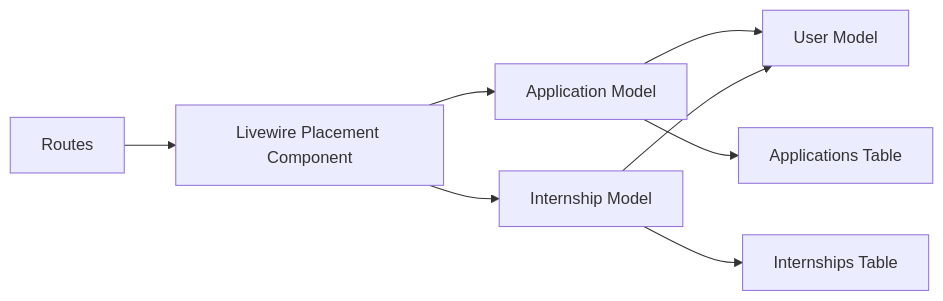
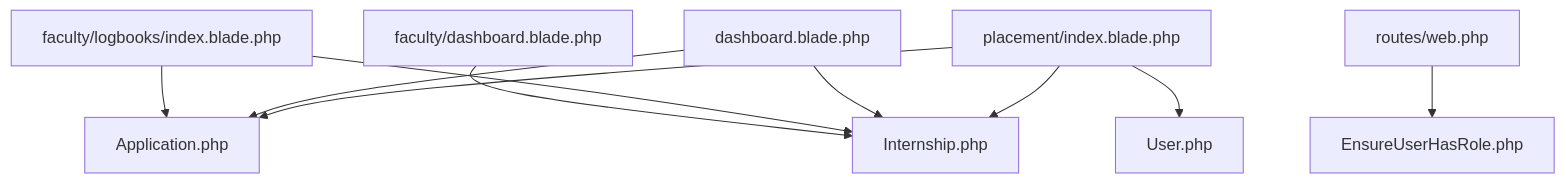
One commit to puromed/internims changed the eighth of 8 diagrams in .qoder/repowiki/en/content/Core Modules/Student Module/Placement Workflow.md. Above: the diagram before and after it, drawn with Mermaid. The commit also changed other lines of this file and 51 other files, not shown here.

````diff
--- a/.qoder/repowiki/en/content/Core Modules/Student Module/Placement Workflow.md
+++ b/.qoder/repowiki/en/content/Core Modules/Student Module/Placement Workflow.md
@@ -289,10 +332,12 @@
 ```mermaid
-graph LR
-UI["Livewire Placement Component"] --> AppModel["Application Model"]
-UI --> IntModel["Internship Model"]
-AppModel --> UserModel["User Model"]
-IntModel --> UserModel
-AppModel --> DB["Applications Table"]
-IntModel --> DB2["Internships Table"]
-Route["Routes"] --> UI
+graph TB
+PIndex["placement/index.blade.php"] --> MApp["Application.php"]
+PIndex --> MInt["Internship.php"]
+PIndex --> MUser["User.php"]
+FDash["dashboard.blade.php"] --> MApp
+FDash --> MInt
+FLogIdx["faculty/logbooks/index.blade.php"] --> MInt
+FLogIdx --> MApp
+FFacDash["faculty/dashboard.blade.php"] --> MInt
+RWeb["routes/web.php"] --> Mid["EnsureUserHasRole.php"]
 ```
````
